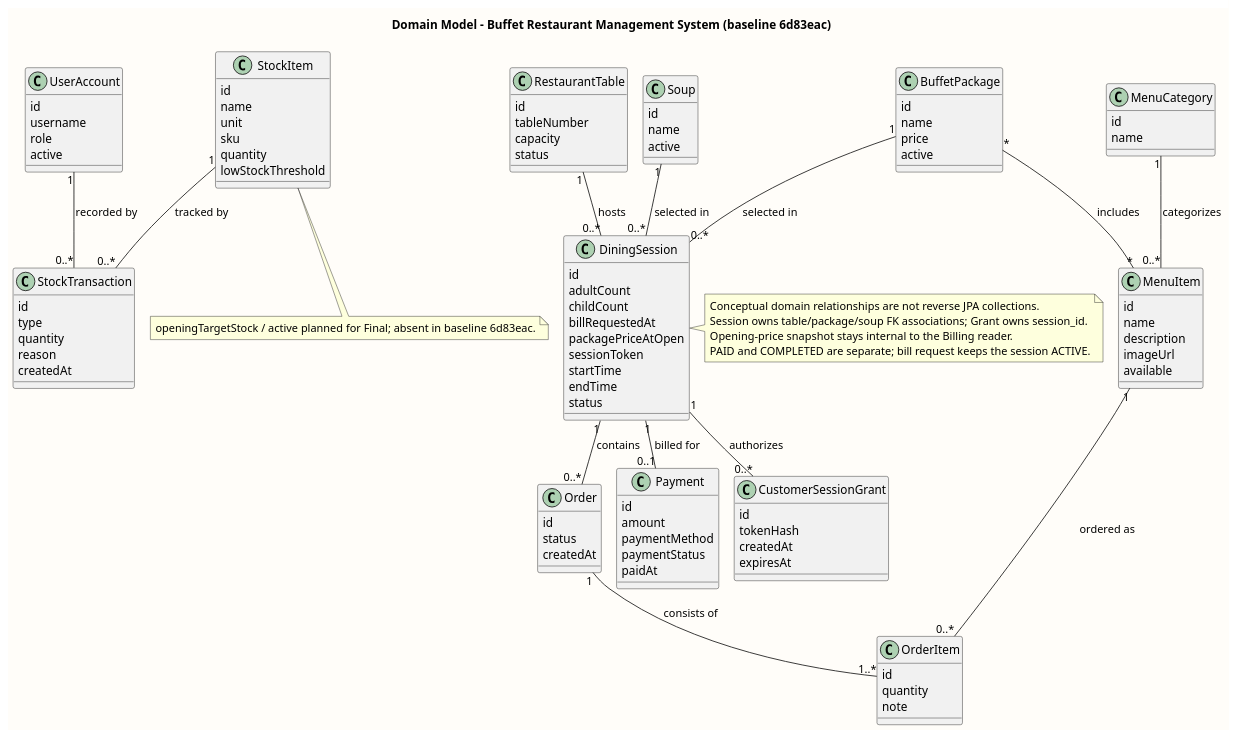
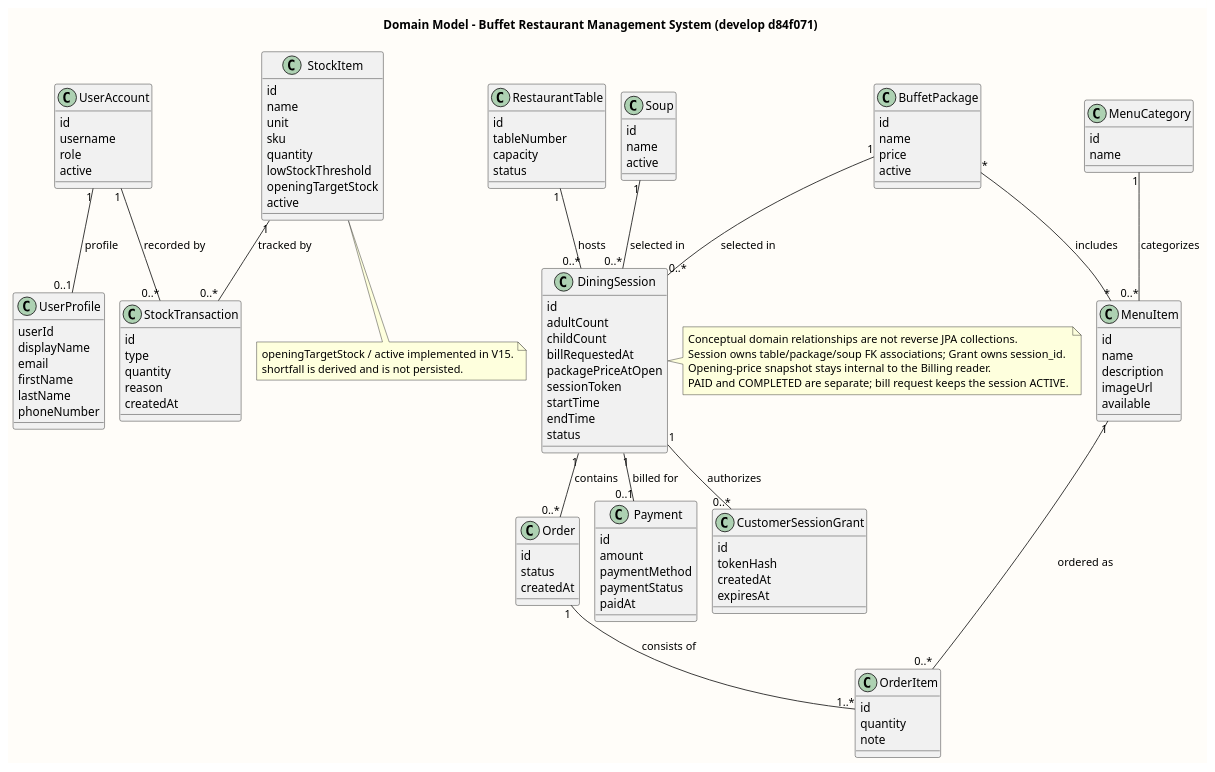
The diagram in doc/diagrams/domain-model.puml (PavaritPramual/buffet-restaurant-management-system), drawn with PlantUML before and after one commit. The commit also changed 12 other files, not shown here.

Commit message:
docs: update fulfillment and integrated diagram evidence

```diff
--- a/doc/diagrams/domain-model.puml
+++ b/doc/diagrams/domain-model.puml
@@ -1,136 +1,150 @@
 @startuml
 !pragma layout smetana
 skinparam shadowing false
 skinparam classAttributeIconSize 0
 skinparam backgroundColor #FFFDF9
 skinparam defaultFontName Tahoma
 
-title Domain Model - Buffet Restaurant Management System (baseline 6d83eac)
+title Domain Model - Buffet Restaurant Management System (develop d84f071)
 
 skinparam classAttributeIconSize 0
 skinparam shadowing false
 
 class UserAccount {
     id
     username
     role
     active
 }
+
+class UserProfile {
+    userId
+    displayName
+    email
+    firstName
+    lastName
+    phoneNumber
+}
+
+UserAccount "1" -- "0..1" UserProfile : profile >
 
 class RestaurantTable {
     id
     tableNumber
     capacity
     status
 }
 
 class DiningSession {
     id
     adultCount
     childCount
     billRequestedAt
     packagePriceAtOpen
     sessionToken
     startTime
     endTime
     status
 }
 
 class CustomerSessionGrant {
     id
     tokenHash
     createdAt
     expiresAt
 }
 
 note right of DiningSession
  Conceptual domain relationships are not reverse JPA collections.
  Session owns table/package/soup FK associations; Grant owns session_id.
  Opening-price snapshot stays internal to the Billing reader.
  PAID and COMPLETED are separate; bill request keeps the session ACTIVE.
 end note
 
 class BuffetPackage {
     id
     name
     price
     active
 }
 
 class Soup {
     id
     name
     active
 }
 
 class MenuCategory {
     id
     name
 }
 
 class MenuItem {
     id
     name
     description
     imageUrl
     available
 }
 
 class Order {
     id
     status
     createdAt
 }
 
 class OrderItem {
     id
     quantity
     note
 }
 
 class Payment {
     id
     amount
     paymentMethod
     paymentStatus
     paidAt
 }
 
 class StockItem {
     id
     name
     unit
     sku
     quantity
     lowStockThreshold
+    openingTargetStock
+    active
 }
 
 class StockTransaction {
     id
     type
     quantity
     reason
     createdAt
 }
 
 RestaurantTable "1" -- "0..*" DiningSession : hosts >
 BuffetPackage "1" -- "0..*" DiningSession : selected in >
 Soup "1" -- "0..*" DiningSession : selected in >
 
 BuffetPackage "*" -- "*" MenuItem : includes >
 MenuCategory "1" -- "0..*" MenuItem : categorizes >
 
 DiningSession "1" -- "0..*" Order : contains >
 DiningSession "1" -- "0..*" CustomerSessionGrant : authorizes >
 Order "1" -- "1..*" OrderItem : consists of >
 MenuItem "1" -- "0..*" OrderItem : ordered as >
 
 DiningSession "1" -- "0..1" Payment : billed for >
 
 StockItem "1" -- "0..*" StockTransaction : tracked by >
 UserAccount "1" -- "0..*" StockTransaction : recorded by >
 
 note bottom of StockItem
- openingTargetStock / active planned for Final; absent in baseline 6d83eac.
+ openingTargetStock / active implemented in V15.
+ shortfall is derived and is not persisted.
 end note
 @enduml
```
